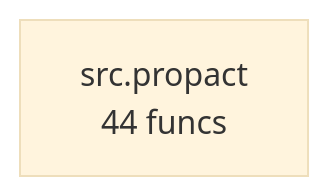
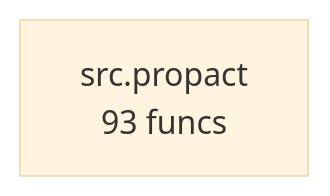
The diagram in project/compact_flow.mmd (pactown-com/propact), drawn with Mermaid (base theme) before and after one commit. The commit also changed 43 other files, not shown here.

```diff
--- a/project/compact_flow.mmd
+++ b/project/compact_flow.mmd
@@ -1,2 +1,2 @@
 flowchart TD
-    src__propact["src.propact<br/>44 funcs"]
+    src__propact["src.propact<br/>93 funcs"]
```
